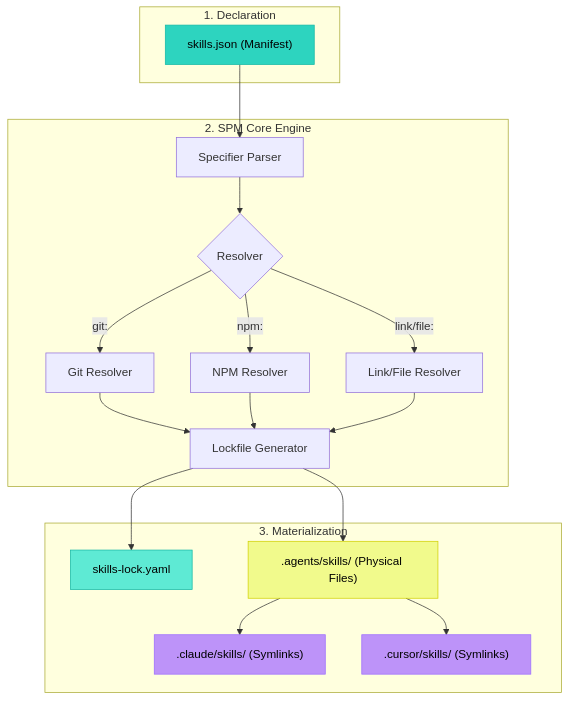
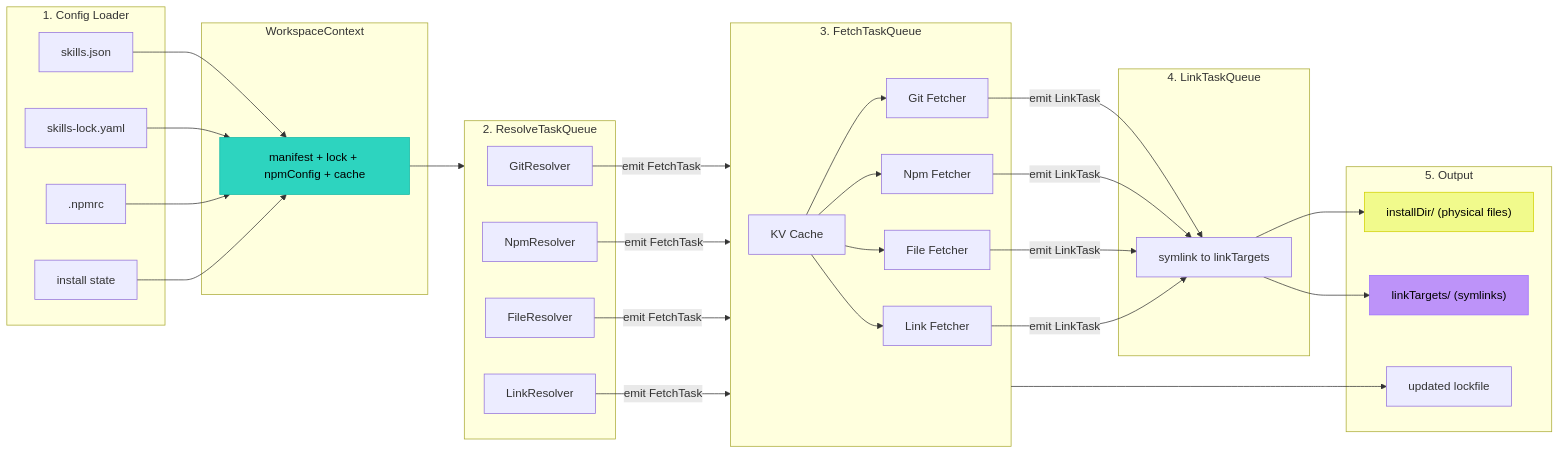
The first of 2 diagrams in website/docs/architecture/how-it-works.mdx (SoonIter/skills-package-manager), drawn with Mermaid before and after one commit. The commit also changed other lines of this file and 48 other files, not shown here.

First line of the commit message:
refactor: pipeline-based install architecture (#30)

````diff
--- a/website/docs/architecture/how-it-works.mdx
+++ b/website/docs/architecture/how-it-works.mdx
@@ -43,40 +48,50 @@
 ```mermaid
-graph TD
-    subgraph Input ["1. Declaration"]
-        A["skills.json (Manifest)"]
+flowchart LR
+    subgraph Config ["1. Config Loader"]
+        A["skills.json"]
+        B["skills-lock.yaml"]
+        C[".npmrc"]
+        D["install state"]
     end
 
-    subgraph Core ["2. SPM Core Engine"]
-        B["Specifier Parser"]
-        C{"Resolver"}
-        D["Git Resolver"]
-        E["NPM Resolver"]
-        F["Link/File Resolver"]
-        G["Lockfile Generator"]
+    subgraph Context ["WorkspaceContext"]
+        E["manifest + lock + npmConfig + cache"]
     end
 
-    subgraph Output ["3. Materialization"]
-        H["skills-lock.yaml"]
-        I[".agents/skills/ (Physical Files)"]
-        J[".claude/skills/ (Symlinks)"]
-        K[".cursor/skills/ (Symlinks)"]
+    subgraph Resolve ["2. ResolveTaskQueue"]
+        F["GitResolver"]
+        G["NpmResolver"]
+        H["FileResolver"]
+        I["LinkResolver"]
     end
 
-    A --> B
-    B --> C
-    C -->|git:| D
-    C -->|npm:| E
-    C -->|link/file:| F
-    
-    D & E & F --> G
-    G --> H
-    G --> I
-    I --> J
-    I --> K
+    subgraph Fetch ["3. FetchTaskQueue"]
+        J["KV Cache"]
+        K["Git Fetcher"]
+        L["Npm Fetcher"]
+        M["File Fetcher"]
+        N["Link Fetcher"]
+    end
 
-    style A fill:#2dd4bf,stroke:#14b8a6,color:#000
-    style H fill:#5eead4,stroke:#14b8a6,color:#000
-    style I fill:#f1fa8c,stroke:#d1d100,color:#000
-    style J fill:#bd93f9,stroke:#9b6dff,color:#000
-    style K fill:#bd93f9,stroke:#9b6dff,color:#000
+    subgraph Link ["4. LinkTaskQueue"]
+        O["symlink to linkTargets"]
+    end
+
+    subgraph Output ["5. Output"]
+        P["installDir/ (physical files)"]
+        Q["linkTargets/ (symlinks)"]
+        R["updated lockfile"]
+    end
+
+    A & B & C & D --> E
+    E --> Resolve
+    F & G & H & I -->|emit FetchTask| Fetch
+    J --> K & L & M & N
+    K & L & M & N -->|emit LinkTask| O
+    O --> P & Q
+    Fetch --> R
+
+    style E fill:#2dd4bf,stroke:#14b8a6,color:#000
+    style P fill:#f1fa8c,stroke:#d1d100,color:#000
+    style Q fill:#bd93f9,stroke:#9b6dff,color:#000
 ```
````
